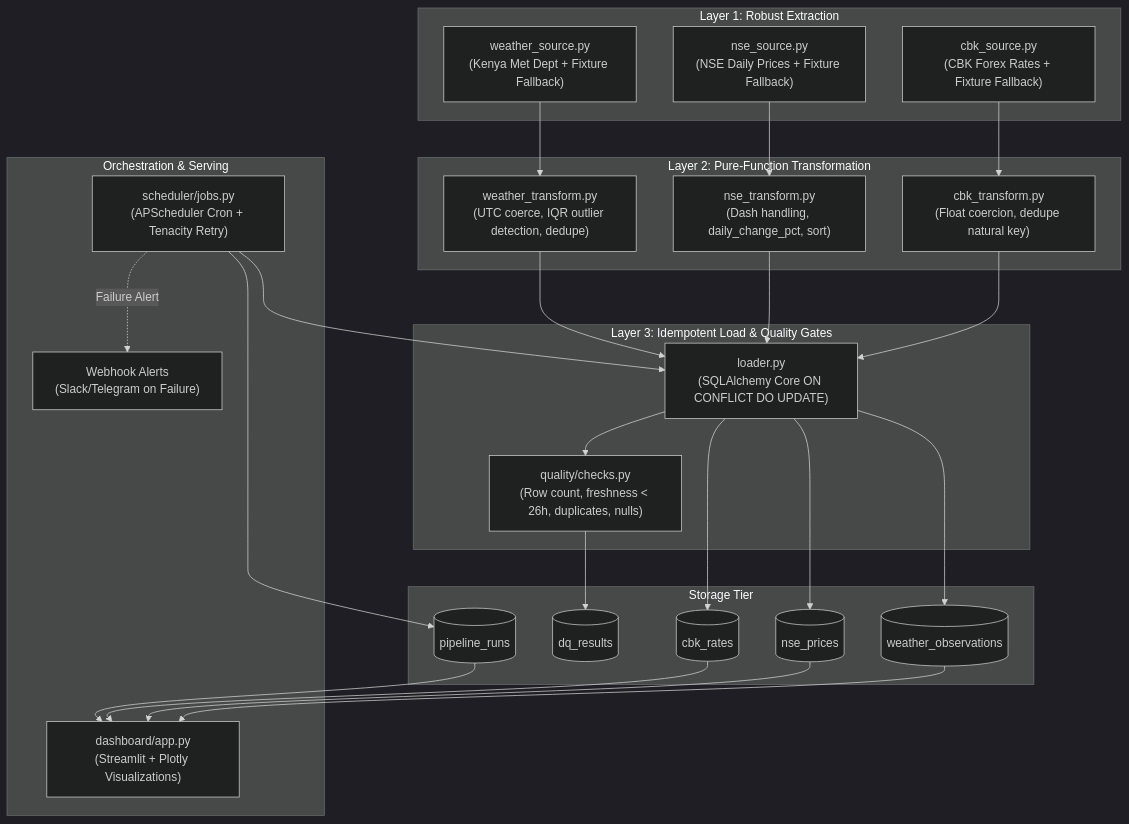
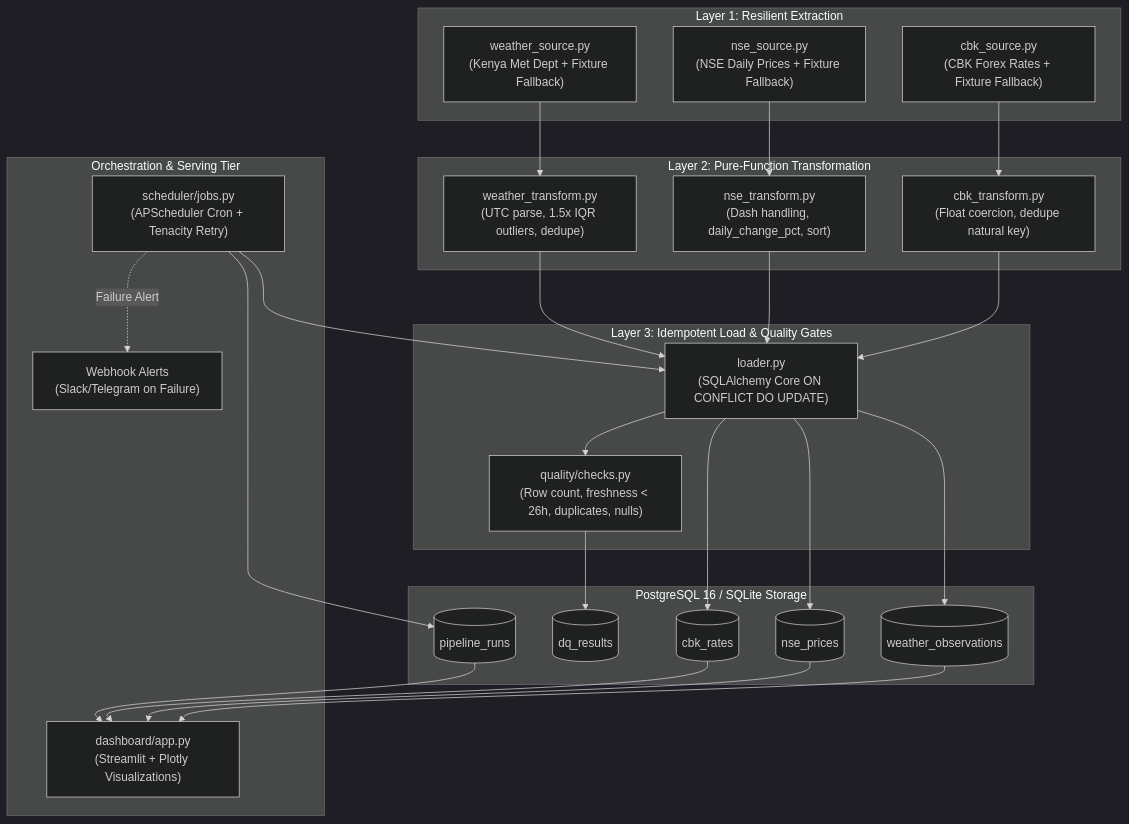
The diagram in README.md (crnjihia/pulse-pipeline), drawn with Mermaid (dark theme) before and after one commit. The commit also changed other lines of this file and 1 other file, not shown here.

````diff
--- a/README.md
+++ b/README.md
@@ -29,45 +38,45 @@
 ```mermaid
 graph TD
-    subgraph Layer 1: EXTRACT [Layer 1: Robust Extraction]
+    subgraph Layer 1: EXTRACT [Layer 1: Resilient Extraction]
         W_SRC["weather_source.py<br/>(Kenya Met Dept + Fixture Fallback)"]
         N_SRC["nse_source.py<br/>(NSE Daily Prices + Fixture Fallback)"]
         C_SRC["cbk_source.py<br/>(CBK Forex Rates + Fixture Fallback)"]
     end
 
     subgraph Layer 2: TRANSFORM [Layer 2: Pure-Function Transformation]
-        W_TRF["weather_transform.py<br/>(UTC coerce, IQR outlier detection, dedupe)"]
+        W_TRF["weather_transform.py<br/>(UTC parse, 1.5x IQR outliers, dedupe)"]
         N_TRF["nse_transform.py<br/>(Dash handling, daily_change_pct, sort)"]
         C_TRF["cbk_transform.py<br/>(Float coercion, dedupe natural key)"]
     end
 
-    subgraph Layer 3: LOAD & VALIDATE [Layer 3: Idempotent Load & Quality Gates]
+    subgraph Layer 3: LOAD & QUALITY [Layer 3: Idempotent Load & Quality Gates]
         LOADER["loader.py<br/>(SQLAlchemy Core ON CONFLICT DO UPDATE)"]
         DQ["quality/checks.py<br/>(Row count, freshness &lt; 26h, duplicates, nulls)"]
     end
 
-    subgraph Storage: PostgreSQL 16 / SQLite [Storage Tier]
+    subgraph Storage Tier [PostgreSQL 16 / SQLite Storage]
         DB_W[(weather_observations)]
         DB_N[(nse_prices)]
         DB_C[(cbk_rates)]
         DB_R[(pipeline_runs)]
         DB_Q[(dq_results)]
     end
 
-    subgraph Orchestration & Delivery [Orchestration & Serving]
+    subgraph Orchestration & Serving [Orchestration & Serving Tier]
         SCHED["scheduler/jobs.py<br/>(APScheduler Cron + Tenacity Retry)"]
         ALERT["Webhook Alerts<br/>(Slack/Telegram on Failure)"]
         DASH["dashboard/app.py<br/>(Streamlit + Plotly Visualizations)"]
     end
 
     W_SRC --> W_TRF --> LOADER
     N_SRC --> N_TRF --> LOADER
     C_SRC --> C_TRF --> LOADER
 
     LOADER --> DB_W & DB_N & DB_C
     LOADER --> DQ --> DB_Q
     SCHED --> LOADER
     SCHED --> DB_R
     SCHED -. Failure Alert .-> ALERT
 
     DB_W & DB_N & DB_C & DB_R --> DASH
 ```
````
